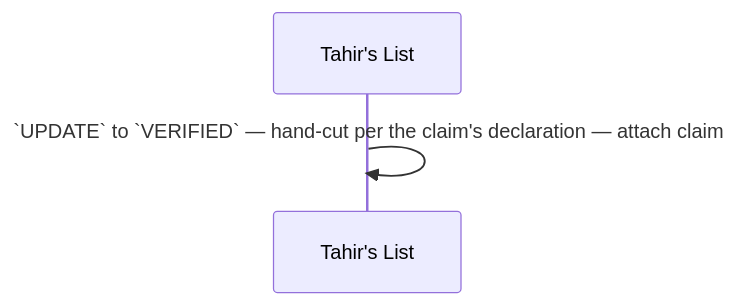
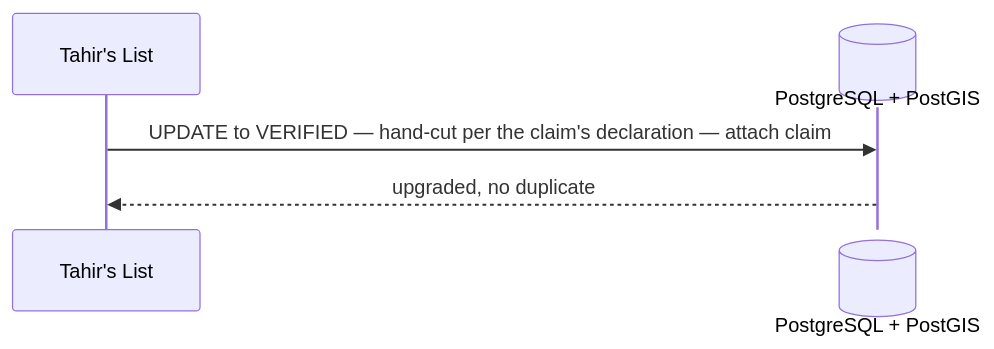
The fourth of 7 diagrams in docs/features/SC-211/04-blackbox/UC-03-load-reviewed-batch.md (Losers-Lab/tahirs-list), drawn with Mermaid before and after one commit. The commit also changed other lines of this file and 10 other files, not shown here.

Commit message:
[SC-211] Apply diagram actor and data-store conventions

````diff
--- a/docs/features/SC-211/04-blackbox/UC-03-load-reviewed-batch.md
+++ b/docs/features/SC-211/04-blackbox/UC-03-load-reviewed-batch.md
@@ -38,5 +42,7 @@
 ```mermaid
 sequenceDiagram
   participant TL as Tahir's List
-  TL->>TL: `UPDATE` to `VERIFIED` — hand-cut per the claim's declaration — attach claim
+  participant DB@{ "type": "database" } as PostgreSQL + PostGIS
+  TL->>DB: UPDATE to VERIFIED — hand-cut per the claim's declaration — attach claim
+  DB-->>TL: upgraded, no duplicate
 ```
````
